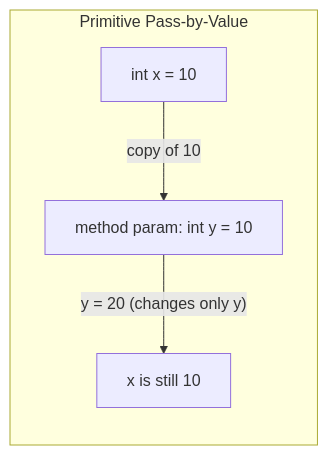
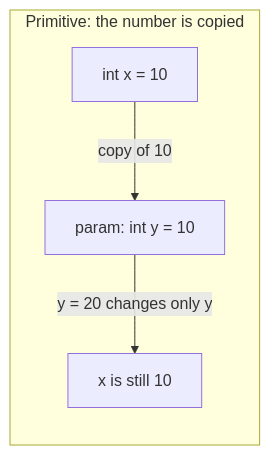
The second of 4 diagrams in concepts/06-methods-and-encapsulation.md (rohitdhiman1/java8-oca-1), drawn with Mermaid before and after one commit. The commit also changed other lines of this file, not shown here.

First line of the commit message:
concepts/06: restructure pass-by-value section

````diff
--- a/concepts/06-methods-and-encapsulation.md
+++ b/concepts/06-methods-and-encapsulation.md
@@ -56,7 +108,7 @@
 ```mermaid
 flowchart LR
-    subgraph "Primitive Pass-by-Value"
-        A["int x = 10"] -->|"copy of 10"| B["method param: int y = 10"]
-        B -->|"y = 20 (changes only y)"| C["x is still 10"]
+    subgraph "Primitive: the number is copied"
+        A["int x = 10"] -->|"copy of 10"| B["param: int y = 10"]
+        B -->|"y = 20 changes only y"| C["x is still 10"]
     end
 ```
````
